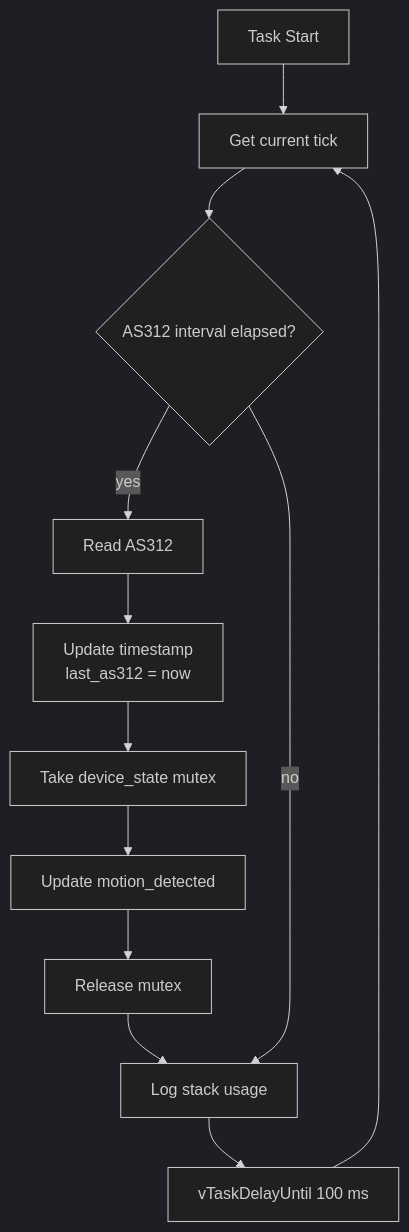
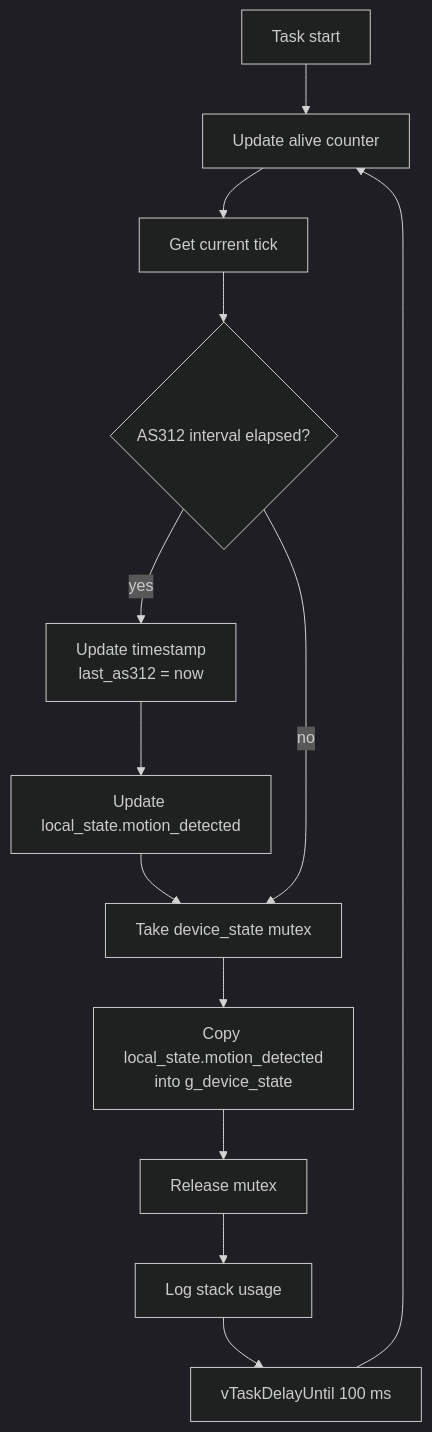
The third of 4 diagrams in README.md (SimoPela/electrical_outlet_IOT), drawn with Mermaid (dark theme) before and after one commit. The commit also changed other lines of this file and 4 other files, not shown here.

Commit message:
[new] task_acq: updated with only one access to the mutex, less overhead

````diff
--- a/README.md
+++ b/README.md
@@ -666,38 +679,34 @@
 ```mermaid
 flowchart TD
 
-START[Task Start]
+START[Task start]
+ALIVE[Update alive counter]
+NOW[Get current tick]
 
-TICK[Get current tick]
+CHECK{AS312 interval elapsed?}
+UPDATE_TS[Update timestamp<br/>last_as312 = now]
+READ[Update local_state.motion_detected]
 
-CHECK1{AS312 interval elapsed?}
-
-READ1[Read AS312]
-
-UPDATE_TS[Update timestamp<br/>last_as312 = now]
-
-LOCK1[Take device_state mutex]
-
-UPDATE1[Update motion_detected]
-
-UNLOCK1[Release mutex]
+LOCK[Take device_state mutex]
+COPY[Copy local_state.motion_detected<br/>into g_device_state]
+UNLOCK[Release mutex]
 
 STACK[Log stack usage]
-
 DELAY[vTaskDelayUntil 100 ms]
 
-START --> TICK
-TICK --> CHECK1
+START --> ALIVE
+ALIVE --> NOW
+NOW --> CHECK
 
-CHECK1 -->|yes| READ1
-READ1 --> UPDATE_TS
-UPDATE_TS --> LOCK1
-LOCK1 --> UPDATE1
-UPDATE1 --> UNLOCK1
-UNLOCK1 --> STACK
+CHECK -->|yes| UPDATE_TS
+UPDATE_TS --> READ
+READ --> LOCK
 
-CHECK1 -->|no| STACK
+CHECK -->|no| LOCK
 
+LOCK --> COPY
+COPY --> UNLOCK
+UNLOCK --> STACK
 STACK --> DELAY
-DELAY --> TICK
+DELAY --> ALIVE
 ```
````
